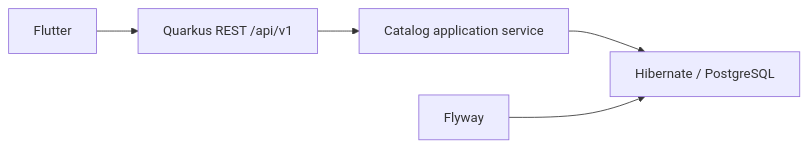
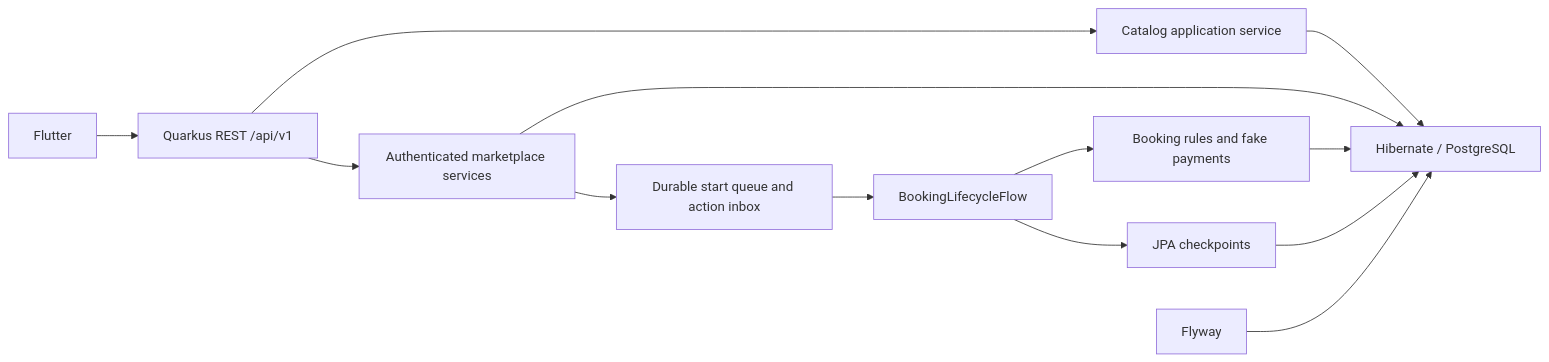
The diagram in docs/architecture/ARCHITECTURE.md (Stuaarts/Bliss), drawn with Mermaid before and after one commit. The commit also changed other lines of this file and 29 other files, not shown here.

Commit message:
feat: implement durable booking lifecycle and simulated settlement (#23)

````diff
--- a/docs/architecture/ARCHITECTURE.md
+++ b/docs/architecture/ARCHITECTURE.md
@@ -7,7 +8,15 @@
 ```mermaid
 flowchart LR
   Flutter --> REST[Quarkus REST /api/v1]
   REST --> Catalog[Catalog application service]
+  REST --> Marketplace[Authenticated marketplace services]
   Catalog --> ORM[Hibernate / PostgreSQL]
+  Marketplace --> ORM
+  Marketplace --> Inbox[Durable start queue and action inbox]
+  Inbox --> Flow[BookingLifecycleFlow]
+  Flow --> Domain[Booking rules and fake payments]
+  Domain --> ORM
+  Flow --> Checkpoints[JPA checkpoints]
+  Checkpoints --> ORM
   Flyway --> ORM
 ```
````
